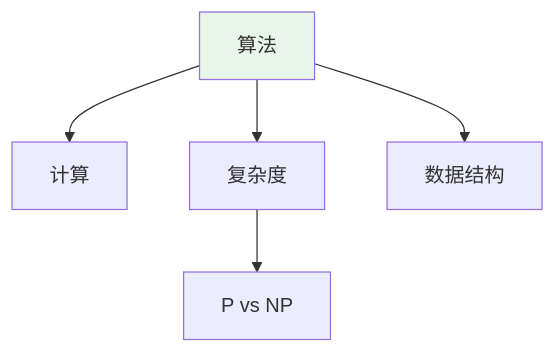
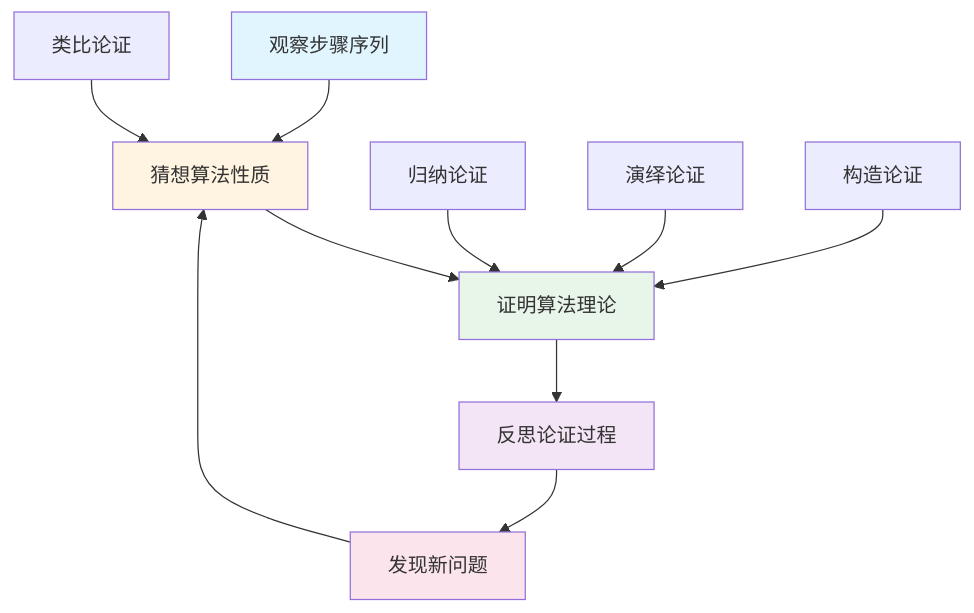
One commit to AdaMartin18010/FormalMath changed the fifth of 11 diagrams in concept/核心概念/31-算法.md. Above: the diagram before and after it, drawn with Mermaid. The commit also changed other lines of this file and 4793 other files, not shown here.

````diff
--- a/concept/核心概念/31-算法.md
+++ b/concept/核心概念/31-算法.md
@@ -726,9 +1454,19 @@
 ```mermaid
 graph TD
-    A[算法] --> B[计算]
-    A --> C[复杂度]
-    A --> D[数据结构]
-    C --> E[P vs NP]
+    A[观察步骤序列] --> B[猜想算法性质]
+    B --> C[证明算法理论]
+    C --> D[反思论证过程]
+    D --> E[发现新问题]
+    E --> B
 
-    style A fill:#e8f5e9
+    F[归纳论证] --> C
+    G[演绎论证] --> C
+    H[类比论证] --> B
+    I[构造论证] --> C
+
+    style A fill:#e1f5ff
+    style B fill:#fff4e1
+    style C fill:#e8f5e9
+    style D fill:#f3e5f5
+    style E fill:#fce4ec
 ```
````
